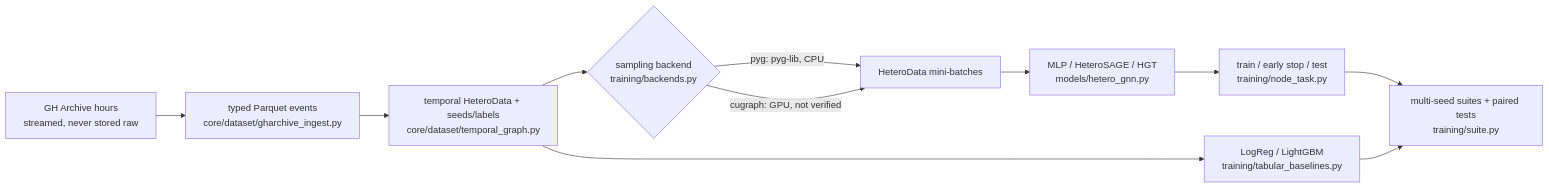
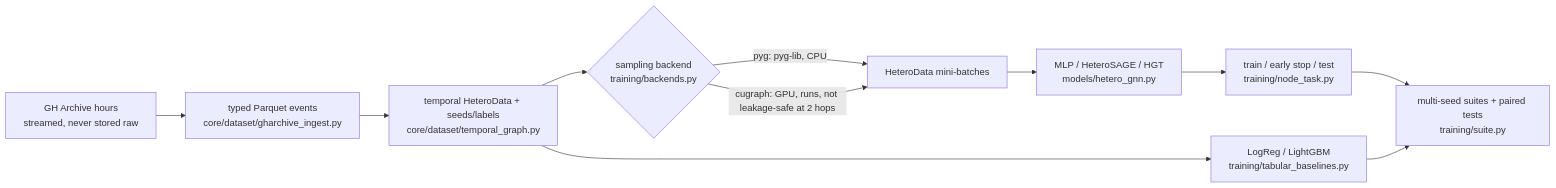
One commit to Seveyus/agent-fabric changed the second of 2 diagrams in README.md. Above: the diagram before and after it, drawn with Mermaid. The commit also changed other lines of this file and 4 other files, not shown here.

````diff
--- a/README.md
+++ b/README.md
@@ -80,13 +80,13 @@
 ```mermaid
 flowchart LR
   A[GH Archive hours<br/>streamed, never stored raw] --> B[typed Parquet events<br/>core/dataset/gharchive_ingest.py]
   B --> C[temporal HeteroData + seeds/labels<br/>core/dataset/temporal_graph.py]
   C --> D{sampling backend<br/>training/backends.py}
   D -- pyg: pyg-lib, CPU --> E[HeteroData mini-batches]
-  D -- cugraph: GPU, not verified --> E
+  D -- cugraph: GPU, runs, not leakage-safe at 2 hops --> E
   E --> F[MLP / HeteroSAGE / HGT<br/>models/hetero_gnn.py]
   F --> G[train / early stop / test<br/>training/node_task.py]
   C --> H[LogReg / LightGBM<br/>training/tabular_baselines.py]
   G --> I[multi-seed suites + paired tests<br/>training/suite.py]
   H --> I
 ```
````
